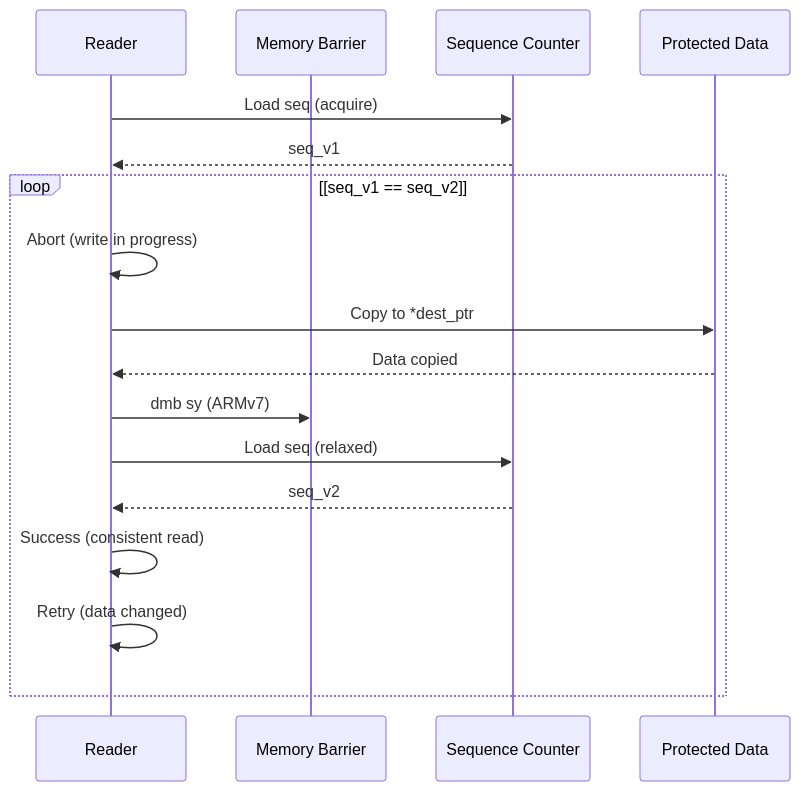
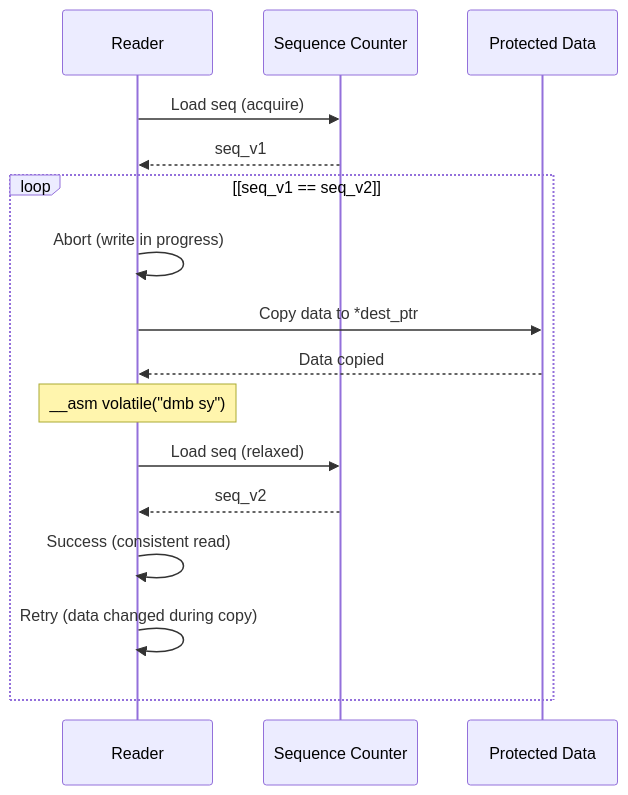
Before and after one commit to Jus-Be/orinayo-pico: the second of 4 diagrams in wiki/8.3-synchronization-primitives.md, drawn with Mermaid. The commit also changed other lines of this file and 42 other files, not shown here.

````diff
--- a/wiki/8.3-synchronization-primitives.md
+++ b/wiki/8.3-synchronization-primitives.md
@@ -168,20 +175,19 @@
 ```mermaid
 sequenceDiagram
   participant Reader
-  participant Memory Barrier
   participant Sequence Counter
   participant Protected Data
 
   Reader->>Sequence Counter: Load seq (acquire)
   Sequence Counter-->>Reader: seq_v1
   loop [seq_v1 == seq_v2]
     Reader->>Reader: Abort (write in progress)
-    Reader->>Protected Data: Copy to *dest_ptr
+    Reader->>Protected Data: Copy data to *dest_ptr
     Protected Data-->>Reader: Data copied
-    Reader->>Memory Barrier: dmb sy (ARMv7)
+    note over Reader: __asm volatile("dmb sy")
     Reader->>Sequence Counter: Load seq (relaxed)
     Sequence Counter-->>Reader: seq_v2
     Reader->>Reader: Success (consistent read)
-    Reader->>Reader: Retry (data changed)
+    Reader->>Reader: Retry (data changed during copy)
   end
 ```
````
